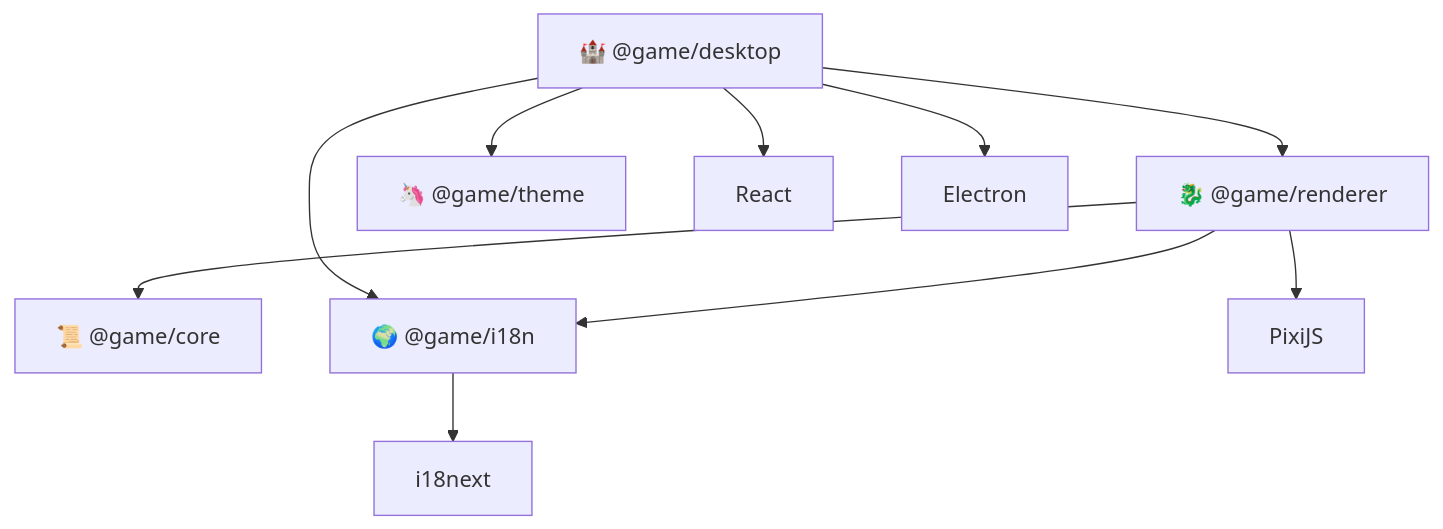
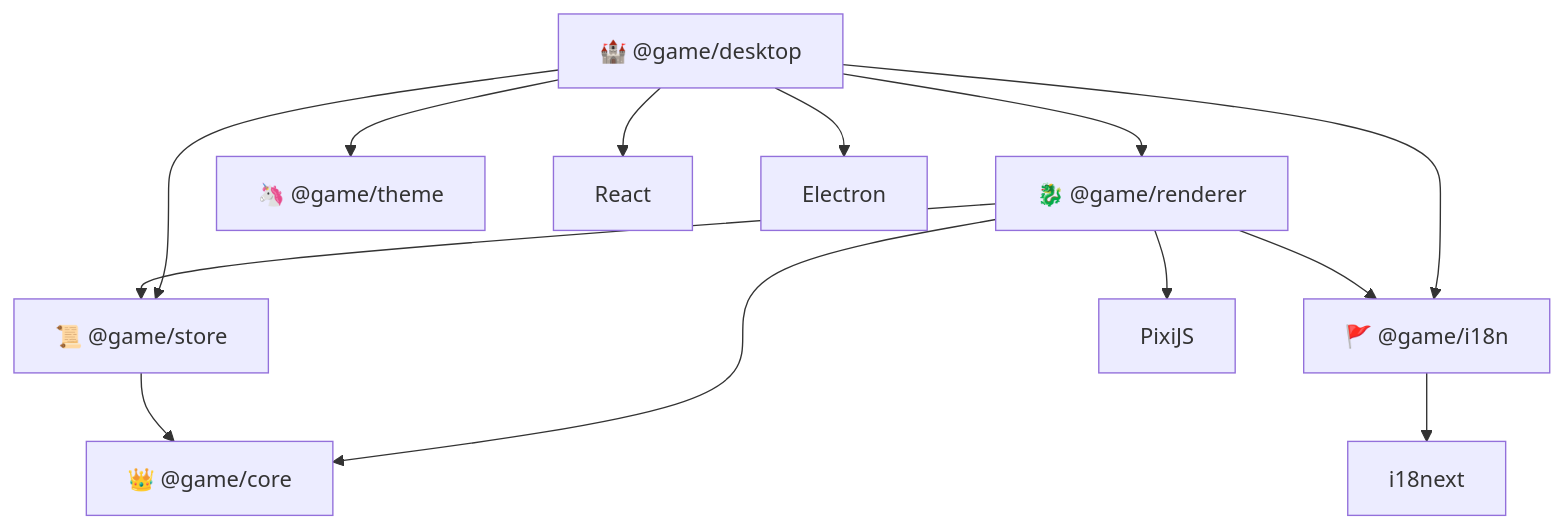
Before and after one commit to maxnes3/how-to-heal-game-project-monorepo: the first of 2 diagrams in README.md, drawn with Mermaid. The commit also changed other lines of this file and 60 other files, not shown here.

Commit message:
feat: restructure game architecture and introduce store management

````diff
--- a/README.md
+++ b/README.md
@@ -7,27 +7,32 @@
 ```mermaid
 flowchart TB
     Desktop["🏰 @game/desktop"]
 
     Renderer["🐉 @game/renderer"]
-    Core["📜 @game/core"]
-    I18n["🌍 @game/i18n"]
+    Core["👑 @game/core"]
+    Store["📜 @game/store"]
+    I18n["🚩 @game/i18n"]
     Theme["🦄 @game/theme"]
 
     Pixi["PixiJS"]
     React["React"]
     Electron["Electron"]
     I18next["i18next"]
 
     Desktop --> React
     Desktop --> Electron
 
     Desktop --> Renderer
+    Desktop --> Store
     Desktop --> I18n
     Desktop --> Theme
 
     Renderer --> Core
+    Renderer --> Store
     Renderer --> I18n
     Renderer --> Pixi
 
+    Store --> Core
+
     I18n --> I18next
 ```
````
